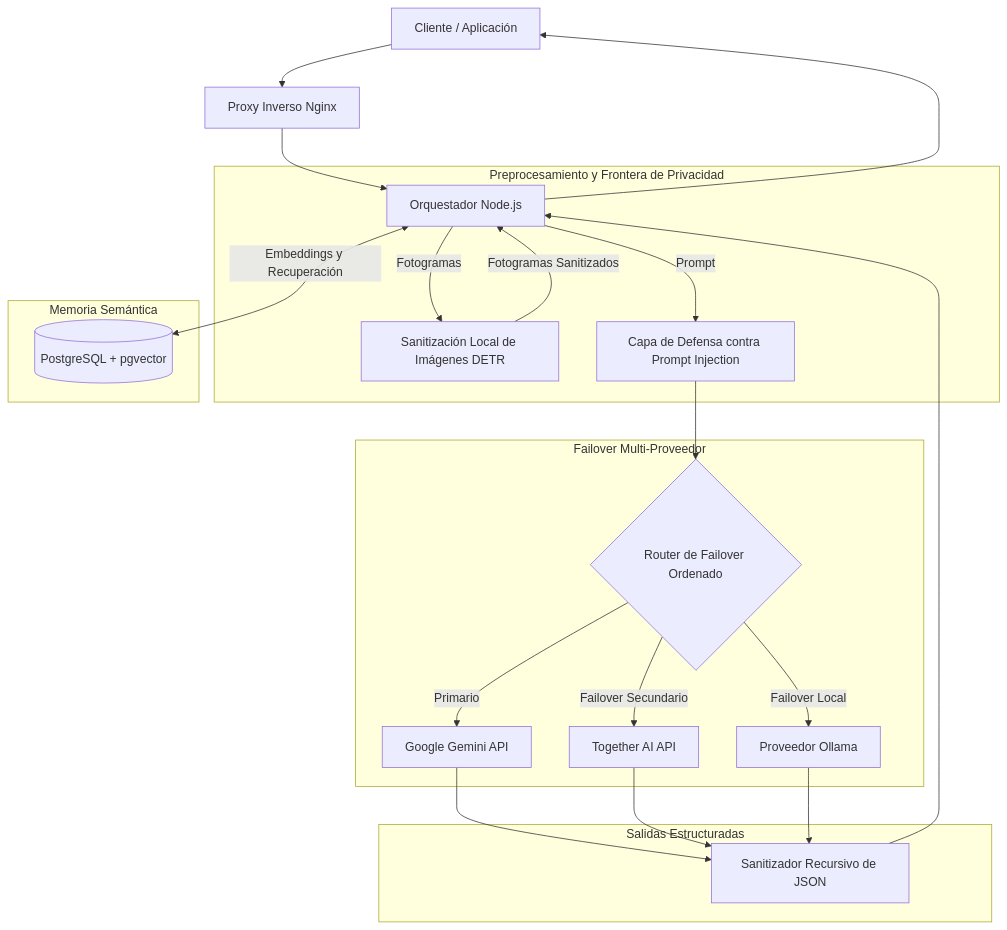
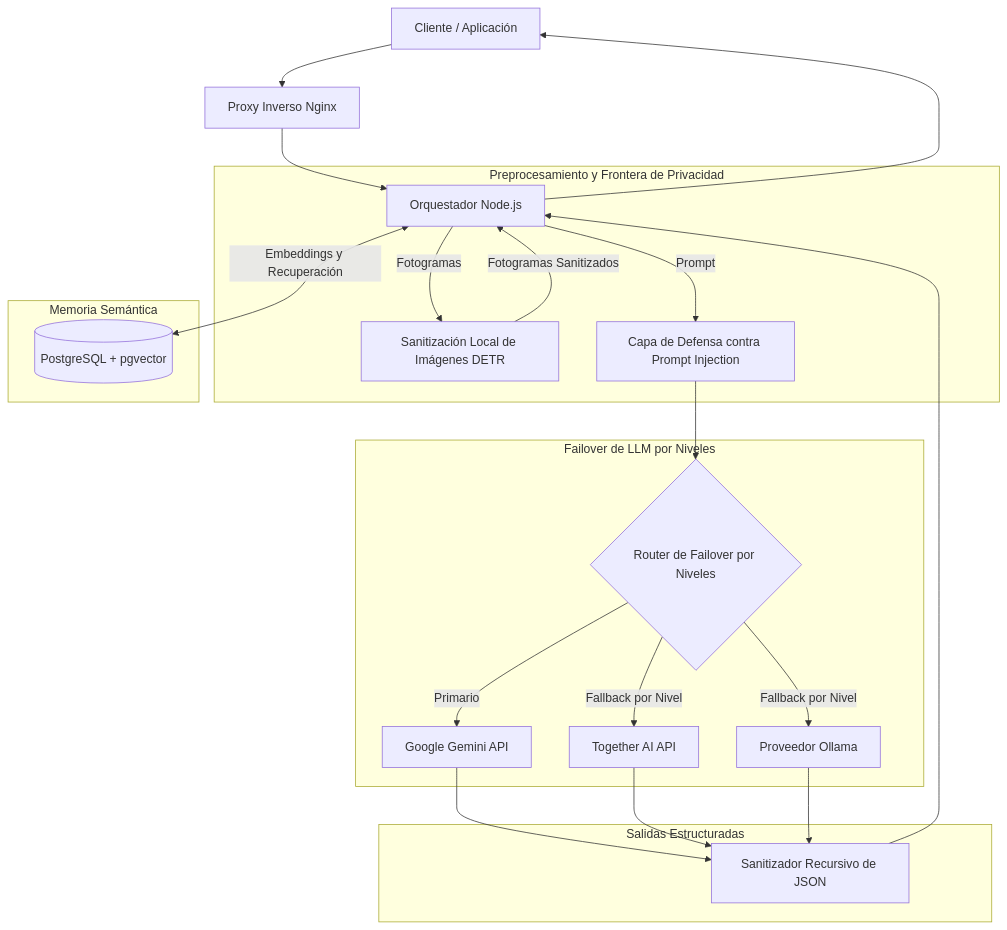
One commit to qproyect/qproject-showcase changed the diagram in case-studies/quiddit.es.md. Above: the diagram before and after it, drawn with Mermaid. The commit also changed other lines of this file and 3 other files, not shown here.

````diff
--- a/case-studies/quiddit.es.md
+++ b/case-studies/quiddit.es.md
@@ -25,31 +25,31 @@
 ```mermaid
 graph TD
     Client[Cliente / Aplicación] --> Ingress[Proxy Inverso Nginx]
     Ingress --> Orchestrator[Orquestador Node.js]
 
     subgraph Privacy Guard [Preprocesamiento y Frontera de Privacidad]
         Orchestrator -->|Fotogramas| DETR[Sanitización Local de Imágenes DETR]
         DETR -->|Fotogramas Sanitizados| Orchestrator
         Orchestrator -->|Prompt| DefenseLayer[Capa de Defensa contra Prompt Injection]
     end
 
     subgraph Memory Store [Memoria Semántica]
         Orchestrator <-->|Embeddings y Recuperación| PGVector[(PostgreSQL + pgvector)]
     end
 
-    subgraph LLM Failover [Failover Multi-Proveedor]
-        DefenseLayer --> FailoverRouter{Router de Failover Ordenado}
+    subgraph LLM Failover [Failover de LLM por Niveles]
+        DefenseLayer --> FailoverRouter{Router de Failover por Niveles}
         FailoverRouter -->|Primario| Gemini[Google Gemini API]
-        FailoverRouter -->|Failover Secundario| Together[Together AI API]
-        FailoverRouter -->|Failover Local| Ollama[Proveedor Ollama]
+        FailoverRouter -->|Fallback por Nivel| Together[Together AI API]
+        FailoverRouter -->|Fallback por Nivel| Ollama[Proveedor Ollama]
     end
 
     subgraph Output Validation [Salidas Estructuradas]
         Gemini --> ResponseParser[Sanitizador Recursivo de JSON]
         Together --> ResponseParser
         Ollama --> ResponseParser
     end
 
     ResponseParser --> Orchestrator
     Orchestrator --> Client
 ```
````
